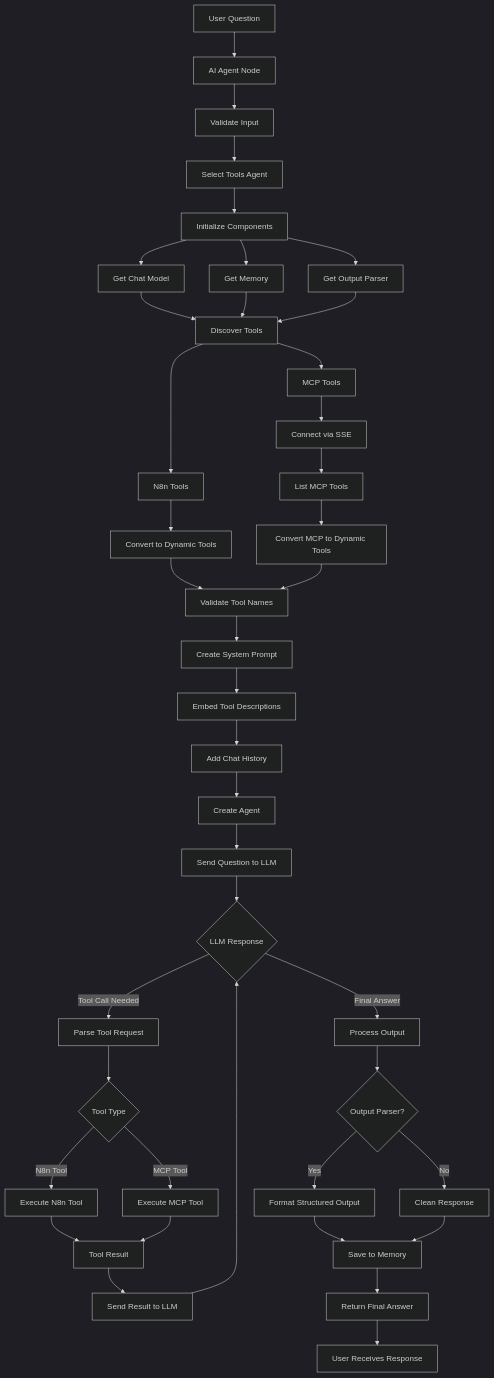
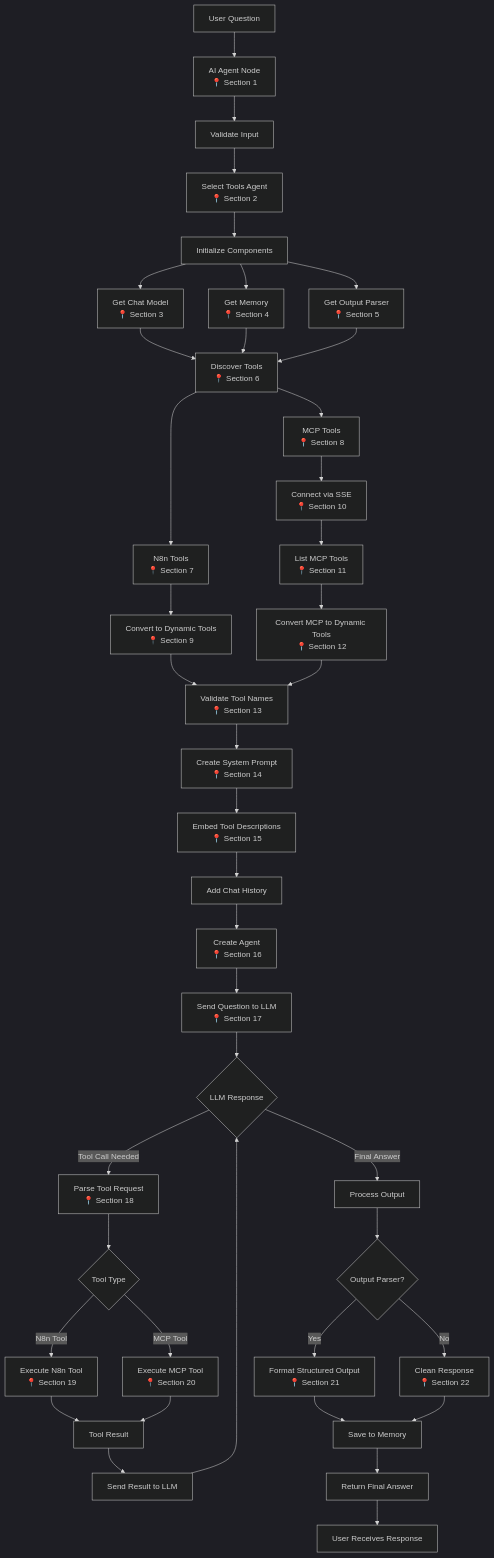
The diagram in n8n-ai-agent-flow-diagram.md (sparktsao/n8n_study), drawn with Mermaid (dark theme) before and after one commit. The commit also changed other lines of this file, not shown here.

````diff
--- a/n8n-ai-agent-flow-diagram.md
+++ b/n8n-ai-agent-flow-diagram.md
@@ -5,81 +5,57 @@
 ```mermaid
 graph TD
-    A[User Question] --> B[AI Agent Node]
-    B --> C[Validate Input]
-    C --> D[Select Tools Agent]
+    A[User Question] --> B[AI Agent Node<br/>📍 Section 1]
+    B --> C[Validate Input] 
+    C --> D[Select Tools Agent<br/>📍 Section 2]
     D --> E[Initialize Components]
     
-    E --> F[Get Chat Model]
-    E --> G[Get Memory]
-    E --> H[Get Output Parser]
+    E --> F[Get Chat Model<br/>📍 Section 3]
+    E --> G[Get Memory<br/>📍 Section 4]
+    E --> H[Get Output Parser<br/>📍 Section 5]
     
-    F --> I[Discover Tools]
+    F --> I[Discover Tools<br/>📍 Section 6]
     G --> I
     H --> I
     
-    I --> J[N8n Tools]
-    I --> K[MCP Tools]
+    I --> J[N8n Tools<br/>📍 Section 7]
+    I --> K[MCP Tools<br/>📍 Section 8]
     
-    J --> L[Convert to Dynamic Tools]
-    K --> M[Connect via SSE]
-    M --> N[List MCP Tools]
-    N --> O[Convert MCP to Dynamic Tools]
+    J --> L[Convert to Dynamic Tools<br/>📍 Section 9]
+    K --> M[Connect via SSE<br/>📍 Section 10]
+    M --> N[List MCP Tools<br/>📍 Section 11]
+    N --> O[Convert MCP to Dynamic Tools<br/>📍 Section 12]
     
-    L --> P[Validate Tool Names]
+    L --> P[Validate Tool Names<br/>📍 Section 13]
     O --> P
     
-    P --> Q[Create System Prompt]
-    Q --> R[Embed Tool Descriptions]
+    P --> Q[Create System Prompt<br/>📍 Section 14]
+    Q --> R[Embed Tool Descriptions<br/>📍 Section 15]
     R --> S[Add Chat History]
-    S --> T[Create Agent]
+    S --> T[Create Agent<br/>📍 Section 16]
     
-    T --> U[Send Question to LLM]
+    T --> U[Send Question to LLM<br/>📍 Section 17]
     U --> V{LLM Response}
     
-    V -->|Tool Call Needed| W[Parse Tool Request]
+    V -->|Tool Call Needed| W[Parse Tool Request<br/>📍 Section 18]
     V -->|Final Answer| Z[Process Output]
     
     W --> X{Tool Type}
-    X -->|N8n Tool| Y1[Execute N8n Tool]
-    X -->|MCP Tool| Y2[Execute MCP Tool]
+    X -->|N8n Tool| Y1[Execute N8n Tool<br/>📍 Section 19]
+    X -->|MCP Tool| Y2[Execute MCP Tool<br/>📍 Section 20]
     
     Y1 --> AA[Tool Result]
     Y2 --> AA
     
     AA --> BB[Send Result to LLM]
     BB --> V
     
     Z --> CC{Output Parser?}
-    CC -->|Yes| DD[Format Structured Output]
-    CC -->|No| EE[Clean Response]
+    CC -->|Yes| DD[Format Structured Output<br/>📍 Section 21]
+    CC -->|No| EE[Clean Response<br/>📍 Section 22]
     
     DD --> FF[Save to Memory]
     EE --> FF
     
     FF --> GG[Return Final Answer]
     GG --> HH[User Receives Response]
-
-    %% Internal links to code sections
-    click B "#main-agent-node" "Main Agent Node Implementation"
-    click D "#tools-agent-executor" "Tools Agent Executor"
-    click F "#get-chat-model" "Get Chat Model Function"
-    click G "#get-optional-memory" "Get Optional Memory Function"
-    click H "#get-output-parser" "Get Output Parser Function"
-    click I "#discover-tools" "Discover Tools Function"
-    click J "#n8n-tools" "N8n Tool Implementation"
-    click K "#mcp-tools" "MCP Client Tool"
-    click L "#convert-n8n-tools" "Convert N8n Tools"
-    click M "#mcp-sse-connection" "MCP SSE Connection"
-    click N "#list-mcp-tools" "List MCP Tools"
-    click O "#convert-mcp-tools" "Convert MCP Tools"
-    click P "#validate-tool-names" "Validate Tool Names"
-    click Q "#prepare-messages" "Prepare Messages"
-    click R "#system-message" "System Message"
-    click T "#create-agent" "Create Tool Calling Agent"
-    click U "#agent-executor" "Agent Executor Invoke"
-    click W "#parse-tool-request" "Parse Tool Request"
-    click Y1 "#execute-n8n-tool" "Execute N8n Tool"
-    click Y2 "#execute-mcp-tool" "Execute MCP Tool"
-    click DD "#format-structured-output" "Format Structured Output"
-    click EE "#clean-response" "Clean Response"
 ```
````
